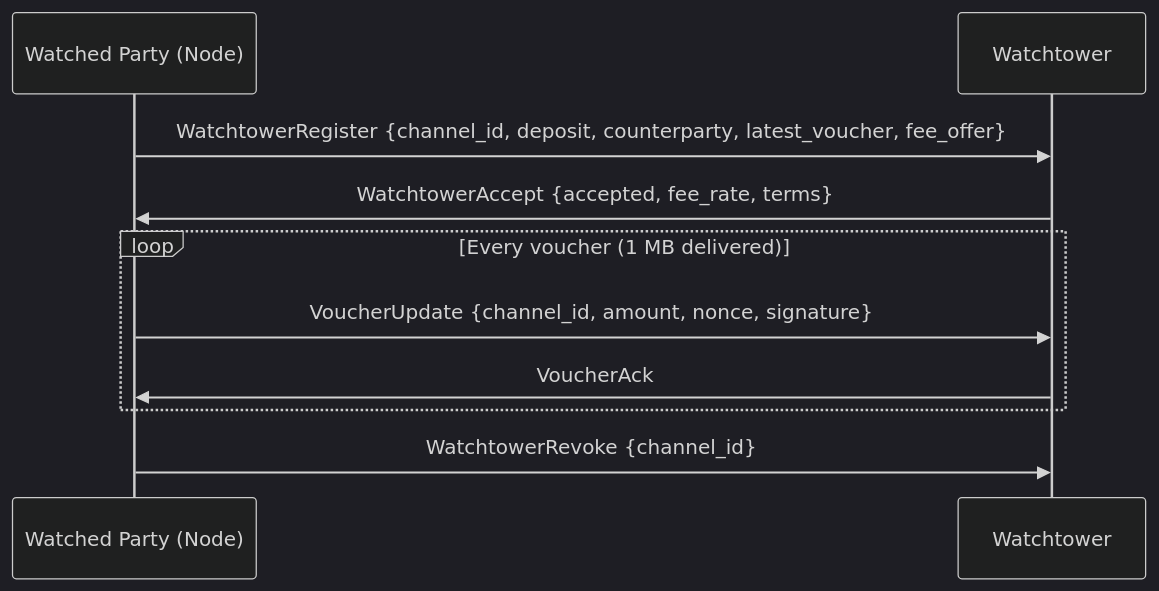
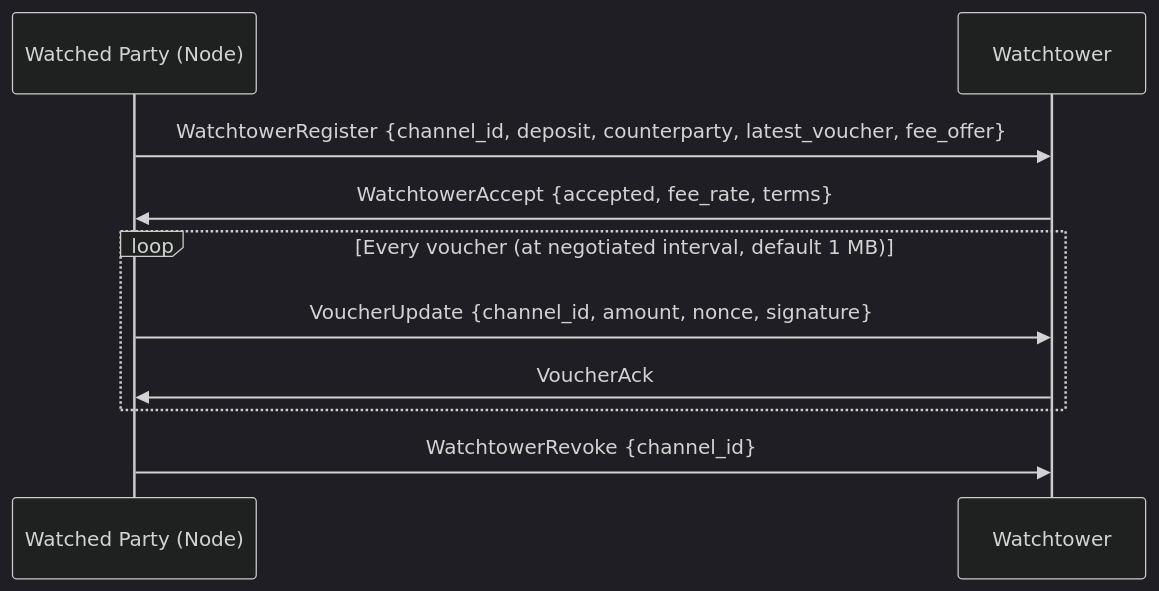
The third of 4 diagrams in adr/005-protocol.md (decdn/decdn), drawn with Mermaid (dark theme) before and after one commit. The commit also changed other lines of this file and 4 other files, not shown here.

````diff
--- a/adr/005-protocol.md
+++ b/adr/005-protocol.md
@@ -87,15 +89,15 @@
 ```mermaid
 sequenceDiagram
     participant W as Watched Party (Node)
     participant T as Watchtower
 
     W->>T: WatchtowerRegister {channel_id, deposit, counterparty, latest_voucher, fee_offer}
     T->>W: WatchtowerAccept {accepted, fee_rate, terms}
 
-    loop Every voucher (1 MB delivered)
+    loop Every voucher (at negotiated interval, default 1 MB)
         W->>T: VoucherUpdate {channel_id, amount, nonce, signature}
         T->>W: VoucherAck
     end
 
     W->>T: WatchtowerRevoke {channel_id}
 ```
````
